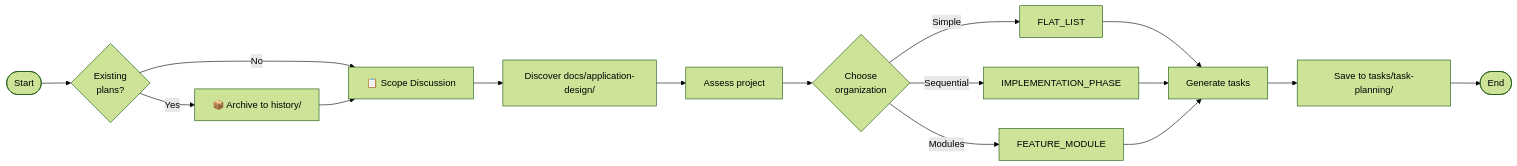
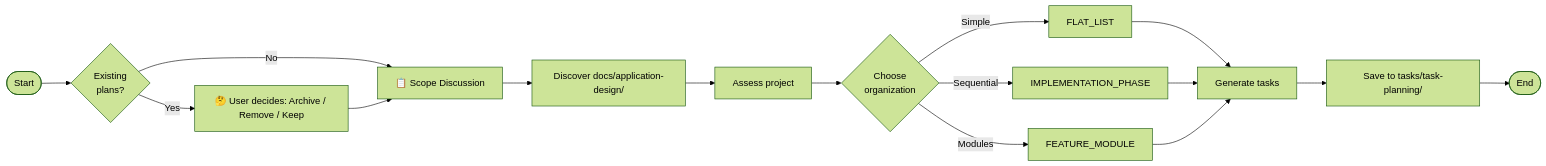
Before and after one commit to abcxyzx0099/datachat: the diagram in .claude/skills/task-planning/SKILL.md, drawn with Mermaid (forest theme). The commit also changed other lines of this file, not shown here.

First line of the commit message:
feat(skills): add user confirmation step to task-planning skill

````diff
--- a/.claude/skills/task-planning/SKILL.md
+++ b/.claude/skills/task-planning/SKILL.md
@@ -24,22 +24,22 @@
 ```mermaid
 flowchart LR
     Start([Start]) --> Check{Existing<br/>plans?}
     Check -->|No| Scope["📋 Scope Discussion"]
-    Check -->|Yes| Archive["📦 Archive to history/"]
-    Archive --> Scope
+    Check -->|Yes| Confirm["🤔 User decides: Archive / Remove / Keep"]
+    Confirm --> Scope
 
     Scope --> Discover[Discover docs/application-design/]
     Discover --> Assess[Assess project]
     Assess --> Decide{Choose<br/>organization}
 
     Decide -->|Simple| Flat[FLAT_LIST]
     Decide -->|Sequential| Phase[IMPLEMENTATION_PHASE]
     Decide -->|Modules| Module[FEATURE_MODULE]
 
     Flat --> Generate[Generate tasks]
     Phase --> Generate
     Module --> Generate
 
     Generate --> Save[Save to tasks/task-planning/]
     Save --> End([End])
 ```
````
